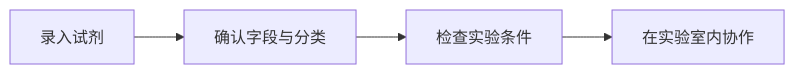
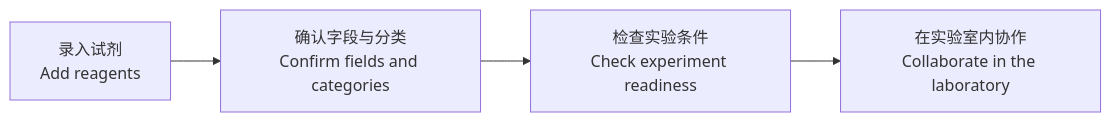
The diagram in README.md (Chen-Era/DoLabaemon), drawn with Mermaid before and after one commit. The commit also changed other lines of this file and 10 other files, not shown here.

````diff
--- a/README.md
+++ b/README.md
@@ -25,6 +34,6 @@
 ```mermaid
 flowchart LR
-  A["录入试剂"] --> B["确认字段与分类"]
-  B --> C["检查实验条件"]
-  C --> D["在实验室内协作"]
+  A["录入试剂<br/>Add reagents"] --> B["确认字段与分类<br/>Confirm fields and categories"]
+  B --> C["检查实验条件<br/>Check experiment readiness"]
+  C --> D["在实验室内协作<br/>Collaborate in the laboratory"]
 ```
````
